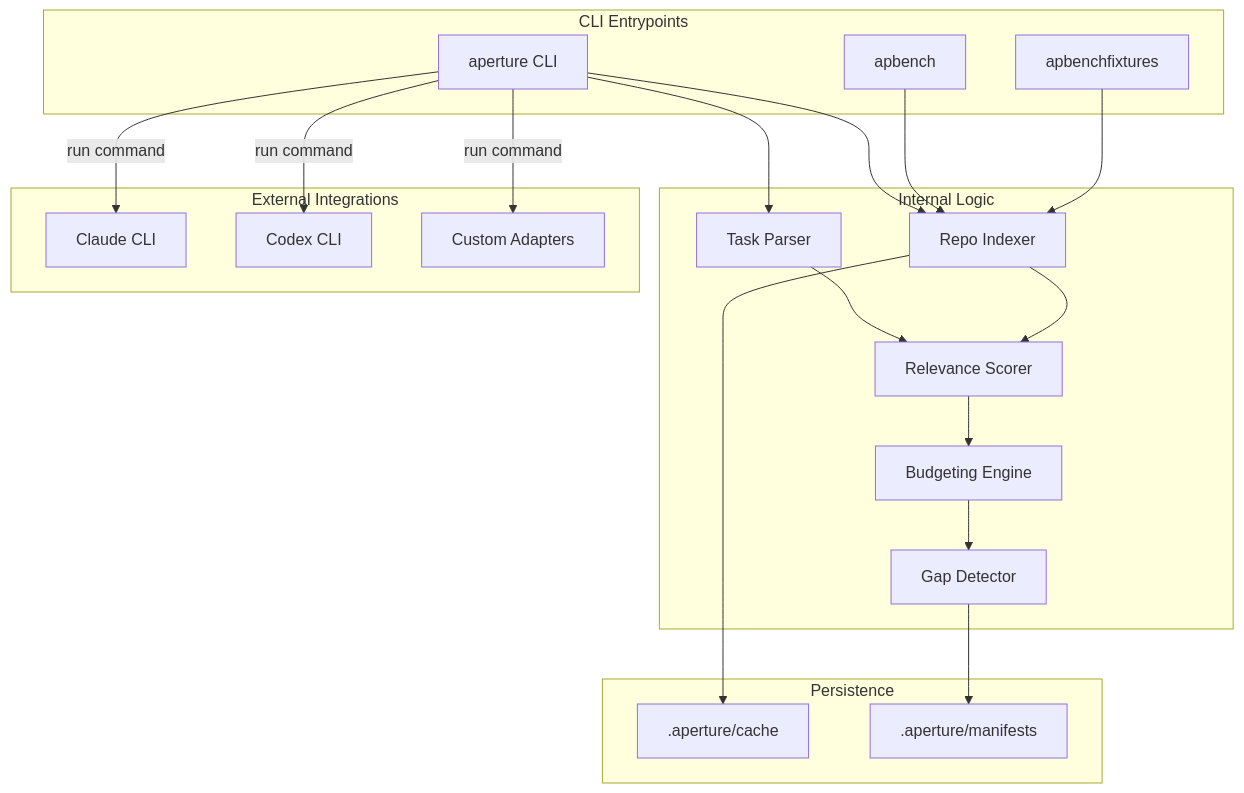
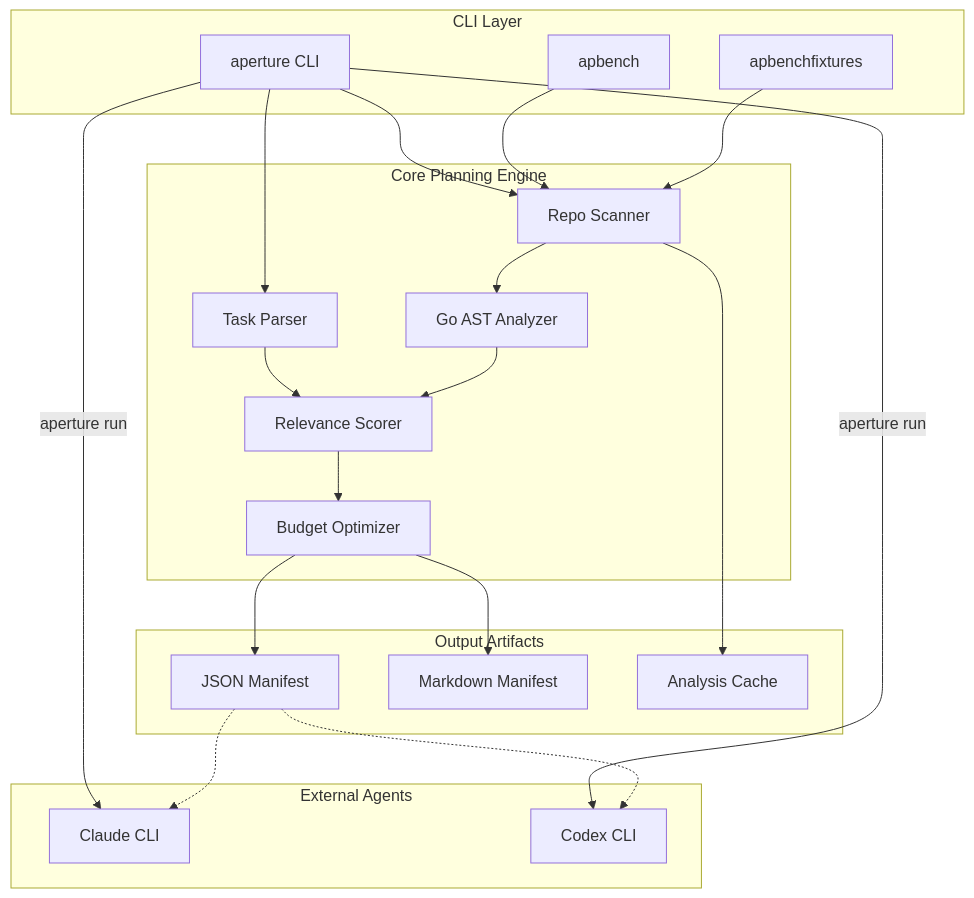
Before and after one commit to dshills/aperture: the diagram in docs/diagrams/component.mmd, drawn with Mermaid. The commit also changed 9 other files, not shown here.

```diff
--- a/docs/diagrams/component.mmd
+++ b/docs/diagrams/component.mmd
@@ -1,42 +1,43 @@
 graph TD
-    subgraph CLI_Layer [CLI Entrypoints]
+    subgraph CLI_Layer [CLI Layer]
         A[aperture CLI]
         B[apbench]
         C[apbenchfixtures]
     end
 
-    subgraph Core_Engine [Internal Logic]
+    subgraph Core_Engine [Core Planning Engine]
         D[Task Parser]
-        E[Repo Indexer]
-        F[Relevance Scorer]
-        G[Budgeting Engine]
-        H[Gap Detector]
+        E[Repo Scanner]
+        F[Go AST Analyzer]
+        G[Relevance Scorer]
+        H[Budget Optimizer]
     end
 
-    subgraph Storage [Persistence]
-        I[.aperture/cache]
-        J[.aperture/manifests]
+    subgraph Output [Output Artifacts]
+        I[JSON Manifest]
+        J[Markdown Manifest]
+        K[Analysis Cache]
     end
 
-    subgraph External [External Integrations]
-        K[Claude CLI]
-        L[Codex CLI]
-        M[Custom Adapters]
+    subgraph External [External Agents]
+        L[Claude CLI]
+        M[Codex CLI]
     end
 
-    %% Flow
+    %% Relationships
     A --> D
     A --> E
-    E --> I
-    D --> F
     E --> F
-    F --> G
+    D & F --> G
     G --> H
+    H --> I
     H --> J
+    E --> K
     
-    A -- run command --> K
-    A -- run command --> L
-    A -- run command --> M
+    A -- "aperture run" --> L
+    A -- "aperture run" --> M
+    I -.-> L
+    I -.-> M
 
     B --> E
     C --> E
```
